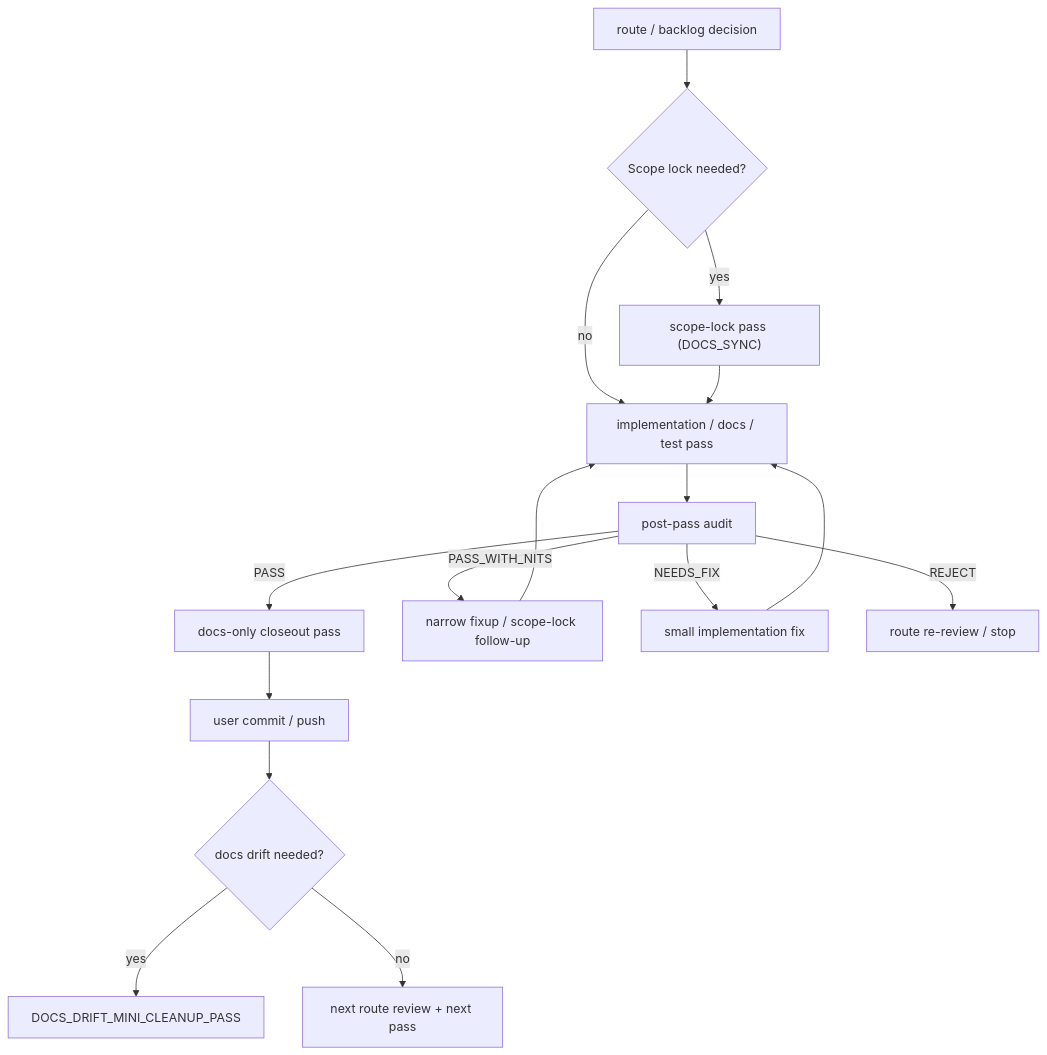
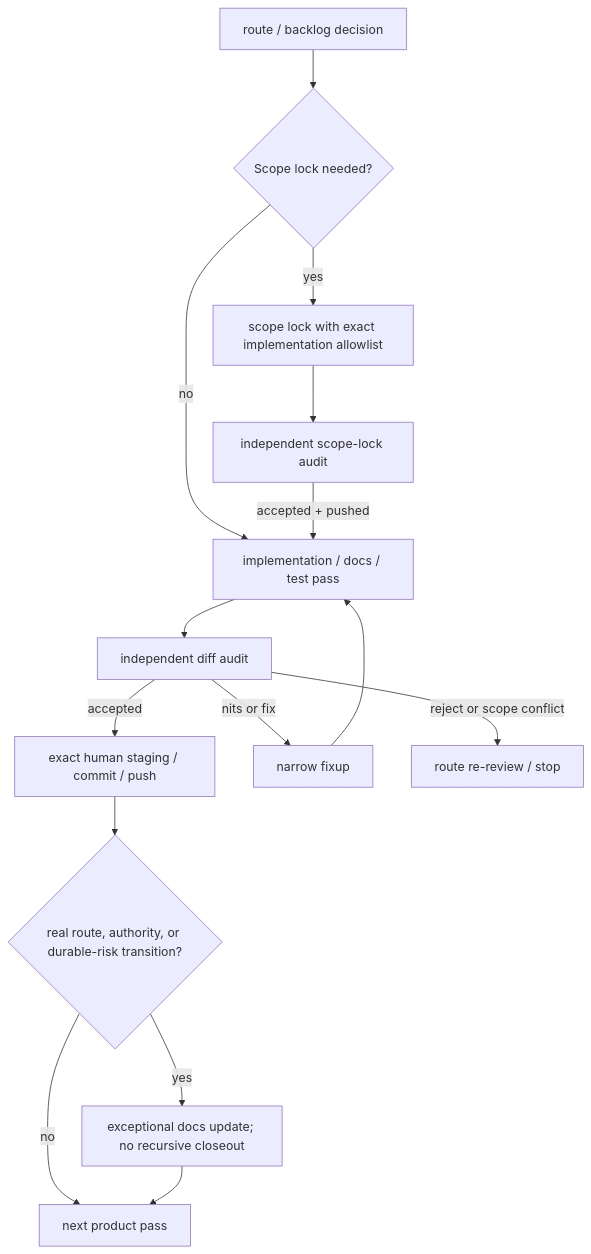
Before and after one commit to Fuuduuu/TraceBench: the first of 3 diagrams in docs/PASS_LIFECYCLE.md, drawn with Mermaid. The commit also changed other lines of this file and 15 other files, not shown here.

````diff
--- a/docs/PASS_LIFECYCLE.md
+++ b/docs/PASS_LIFECYCLE.md
@@ -8,18 +8,17 @@
 ```mermaid
 flowchart TD
   Backlog["route / backlog decision"] --> Gate{"Scope lock needed?"}
   Gate -- "no" --> Pass["implementation / docs / test pass"]
-  Gate -- "yes" --> ScopeLock["scope-lock pass (DOCS_SYNC)"]
-  ScopeLock --> Pass
-  Pass --> Audit["post-pass audit"]
-  Audit -->|PASS| Closeout["docs-only closeout pass"]
-  Audit -->|PASS_WITH_NITS| Guard["narrow fixup / scope-lock follow-up"]
+  Gate -- "yes" --> ScopeLock["scope lock with exact implementation allowlist"]
+  ScopeLock --> ScopeAudit["independent scope-lock audit"]
+  ScopeAudit -->|"accepted + pushed"| Pass
+  Pass --> Audit["independent diff audit"]
+  Audit -->|"accepted"| Commit["exact human staging / commit / push"]
+  Audit -->|"nits or fix"| Guard["narrow fixup"]
   Guard --> Pass
-  Audit -->|NEEDS_FIX| Fix["small implementation fix"]
-  Fix --> Pass
-  Audit -->|REJECT| Reroute["route re-review / stop"]
-  Closeout --> Commit["user commit / push"]
-  Commit --> Drift{"docs drift needed?"}
-  Drift -->|"yes"| DriftPass["DOCS_DRIFT_MINI_CLEANUP_PASS"]
-  Drift -->|"no"| NextRoute["next route review + next pass"]
+  Audit -->|"reject or scope conflict"| Reroute["route re-review / stop"]
+  Commit --> Transition{"real route, authority, or durable-risk transition?"}
+  Transition -->|"no"| NextRoute["next product pass"]
+  Transition -->|"yes"| DocsUpdate["exceptional docs update; no recursive closeout"]
+  DocsUpdate --> NextRoute
 ```
````
